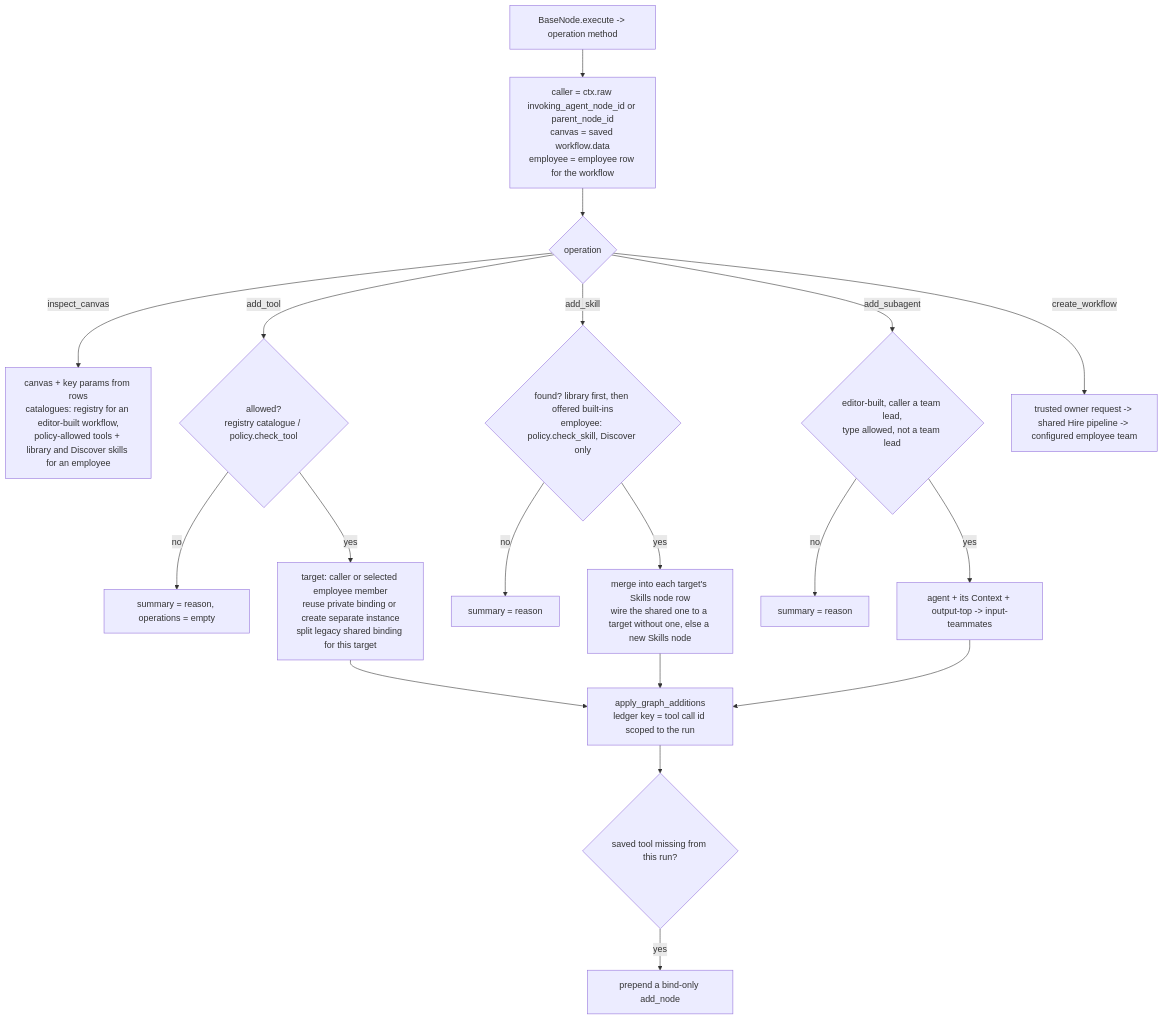
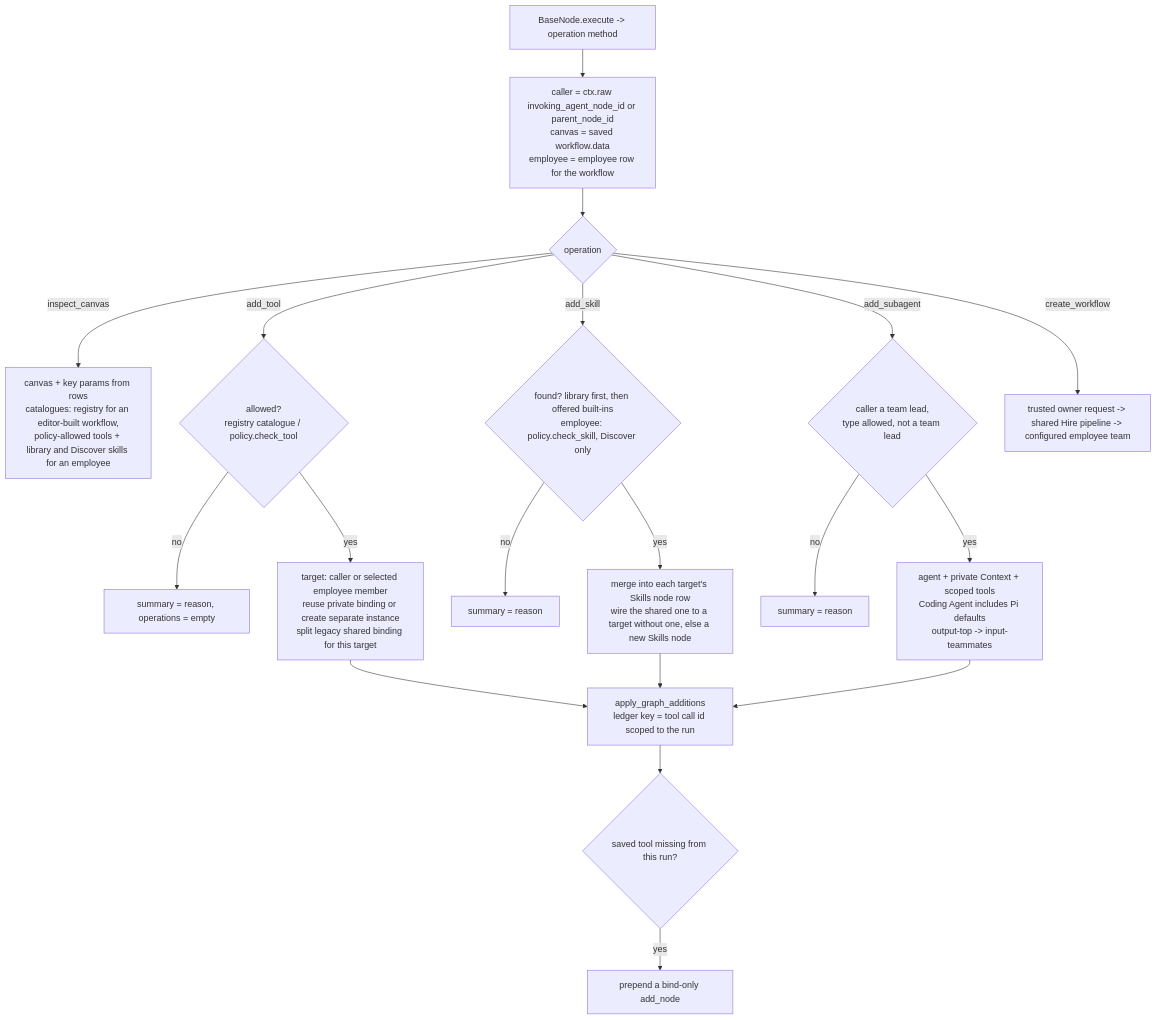
One commit to zeenie-ai/OpenCompany changed the diagram in docs-internal/node-logic-flows/ai_tools/agentBuilder.md. Above: the diagram before and after it, drawn with Mermaid. The commit also changed other lines of this file and 62 other files, not shown here.

Commit message:
feat(coding): expose Pi tools as connected agent nodes

````diff
--- a/docs-internal/node-logic-flows/ai_tools/agentBuilder.md
+++ b/docs-internal/node-logic-flows/ai_tools/agentBuilder.md
@@ -104,21 +116,21 @@
 ```mermaid
 flowchart TD
   A[BaseNode.execute -> operation method] --> C[caller = ctx.raw invoking_agent_node_id or parent_node_id<br/>canvas = saved workflow.data<br/>employee = employee row for the workflow]
   C --> R{operation}
   R -- inspect_canvas --> I[canvas + key params from rows<br/>catalogues: registry for an editor-built workflow,<br/>policy-allowed tools + library and Discover skills for an employee]
   R -- add_tool --> T{allowed?<br/>registry catalogue / policy.check_tool}
   T -- no --> Tn[summary = reason, operations = empty]
   T -- yes --> Tp[target: caller or selected employee member<br/>reuse private binding or create separate instance<br/>split legacy shared binding for this target]
   Tp --> S[apply_graph_additions<br/>ledger key = tool call id scoped to the run]
   S --> Tb{saved tool missing from this run?}
   Tb -- yes --> Tbo[prepend a bind-only add_node]
   R -- add_skill --> K{found? library first, then offered built-ins<br/>employee: policy.check_skill, Discover only}
   K -- no --> Kn[summary = reason]
   K -- yes --> Kp[merge into each target's Skills node row<br/>wire the shared one to a target without one, else a new Skills node]
   Kp --> S
-  R -- add_subagent --> G{editor-built, caller a team lead,<br/>type allowed, not a team lead}
+  R -- add_subagent --> G{caller a team lead,<br/>type allowed, not a team lead}
   G -- no --> Gn[summary = reason]
-  G -- yes --> Gp[agent + its Context + output-top -> input-teammates]
+  G -- yes --> Gp[agent + private Context + scoped tools<br/>Coding Agent includes Pi defaults<br/>output-top -> input-teammates]
   Gp --> S
   R -- create_workflow --> W[trusted owner request -> shared Hire pipeline -> configured employee team]
 ```
````
